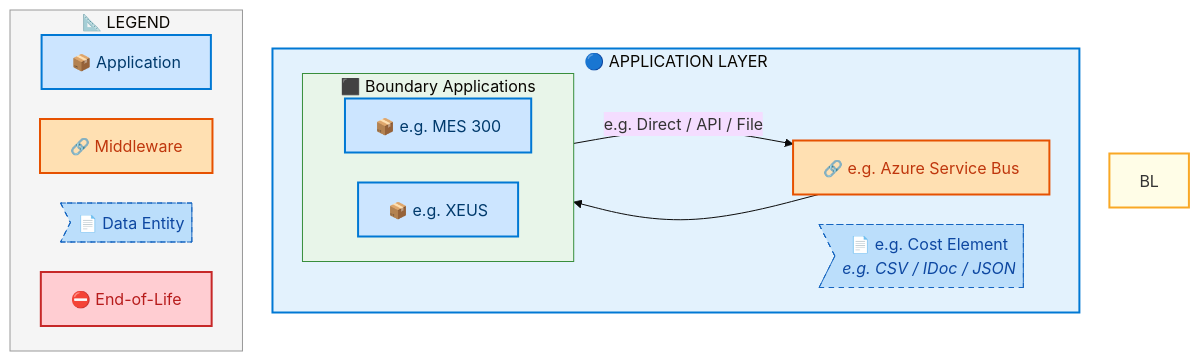
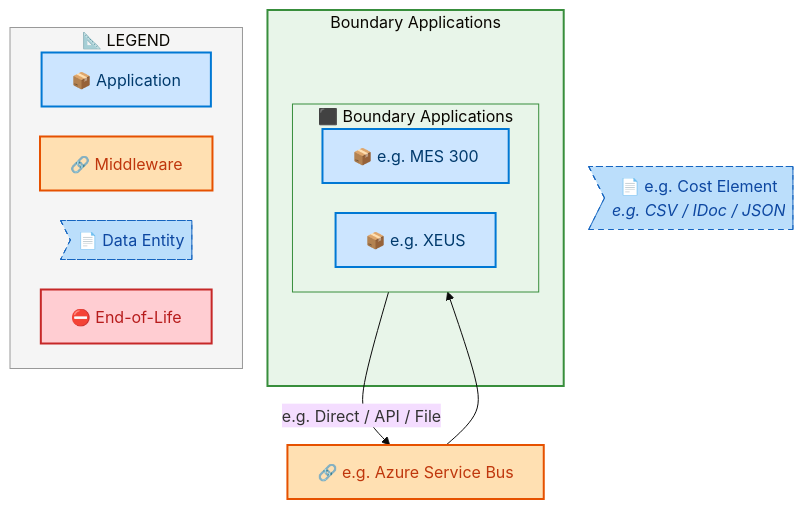
One commit to sajivfrancis777/IAO-Architecture changed diagram 18 of 21 in towers/E2E/Order to Cash/IF_Simplified_PO-SO_Model/output/docs/systems-architecture/IF_Simplified_PO-SO_Model-Architecture.md. Above: the diagram before and after it, drawn with Mermaid. The commit also changed other lines of this file and 106 other files, not shown here.

First line of the commit message:
feat: tier-grouped swim lane layout for architecture diagrams

````diff
--- a/towers/E2E/Order to Cash/IF_Simplified_PO-SO_Model/output/docs/systems-architecture/IF_Simplified_PO-SO_Model-Architecture.md
+++ b/towers/E2E/Order to Cash/IF_Simplified_PO-SO_Model/output/docs/systems-architecture/IF_Simplified_PO-SO_Model-Architecture.md
@@ -2771,41 +2771,40 @@
 ```mermaid
 %%{init: {"theme": "base", "securityLevel": "loose", "themeVariables": {"fontSize": "16px", "fontFamily": "Segoe UI, Arial, sans-serif"}, "flowchart": {"useMaxWidth": false, "htmlLabels": true, "nodeSpacing": 30, "rankSpacing": 35}} }%%
 flowchart TB
     %% -- ArchiMate 3.2 + Azure style classes --
     classDef business      fill:#FFFFB3,stroke:#F9A825,stroke-width:2px,color:#000
     classDef app           fill:#CCE5FF,stroke:#0078D4,stroke-width:2px,color:#003A6C
     classDef data          fill:#BBDEFB,stroke:#1565C0,stroke-width:1px,color:#0D47A1,stroke-dasharray: 5 5
     classDef middleware    fill:#FFE0B2,stroke:#E65100,stroke-width:2px,color:#BF360C
     classDef eol           fill:#FFCDD2,stroke:#C62828,stroke-width:2px,color:#B71C1C
     classDef saas          fill:#E1BEE7,stroke:#7B1FA2,stroke-width:2px,color:#4A148C
     classDef cloud         fill:#BBDEFB,stroke:#1565C0,stroke-width:2px,color:#0D47A1
     classDef onprem        fill:#C8E6C9,stroke:#2E7D32,stroke-width:2px,color:#1B5E20
 
-    subgraph AL["🔵 APPLICATION LAYER"]
+    subgraph IF_Simplified_POSO_ModelCT_Boundary_Applications["Boundary Applications"]
         subgraph IF_Simplified_POSO_ModelCLN_Boundary_Applications[" ⬛ Boundary Applications"]
             direction LR
             IF_Simplified_POSO_ModelC_e_g_MES_300["📦 e.g. MES 300"]:::app
             IF_Simplified_POSO_ModelC_e_g_XEUS["📦 e.g. XEUS"]:::app
         end
-        IF_Simplified_POSO_ModelCMW_e_g_Azure_Service_Bus["🔗 e.g. Azure Service Bus"]:::middleware
-        IF_Simplified_POSO_ModelCDE_e_g_Cost_Element>"📄 e.g. Cost Element<br/><i>e.g. CSV / IDoc / JSON</i>"]:::data
     end
+
+    IF_Simplified_POSO_ModelCMW_e_g_Azure_Service_Bus["🔗 e.g. Azure Service Bus"]:::middleware
+    IF_Simplified_POSO_ModelCDE_e_g_Cost_Element>"📄 e.g. Cost Element<br/><i>e.g. CSV / IDoc / JSON</i>"]:::data
 
     IF_Simplified_POSO_ModelC_e_g_MES_300 -->|"e.g. Direct / API / File"| IF_Simplified_POSO_ModelCMW_e_g_Azure_Service_Bus
     IF_Simplified_POSO_ModelCMW_e_g_Azure_Service_Bus --> IF_Simplified_POSO_ModelC_e_g_XEUS
 
 
-    style BL fill:#FFFDE7,stroke:#F9A825,stroke-width:2px
-    style AL fill:#E3F2FD,stroke:#0078D4,stroke-width:2px
-
+    style IF_Simplified_POSO_ModelCT_Boundary_Applications fill:#E8F5E9,stroke:#388E3C,stroke-width:2px
     style IF_Simplified_POSO_ModelCLN_Boundary_Applications fill:#E8F5E9,stroke:#388E3C,stroke-width:1px
 
     subgraph Legend["📐 LEGEND"]
         direction LR
         L_APP["📦 Application"]:::app
         L_MW["🔗 Middleware"]:::middleware
         L_DE>"📄 Data Entity"]:::data
         L_EOL["⛔ End-of-Life"]:::eol
     end
     style Legend fill:#F5F5F5,stroke:#999,stroke-width:1px
 ```
````
